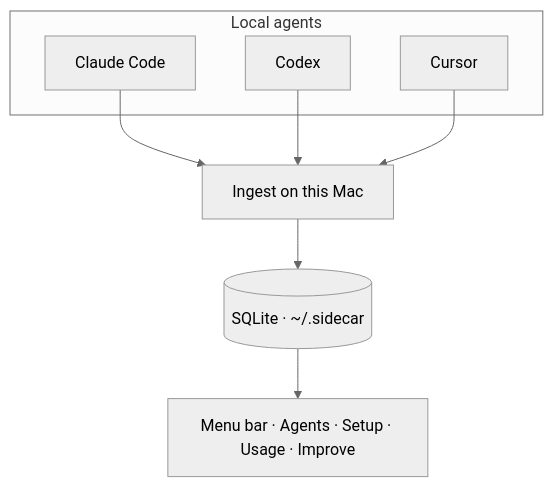
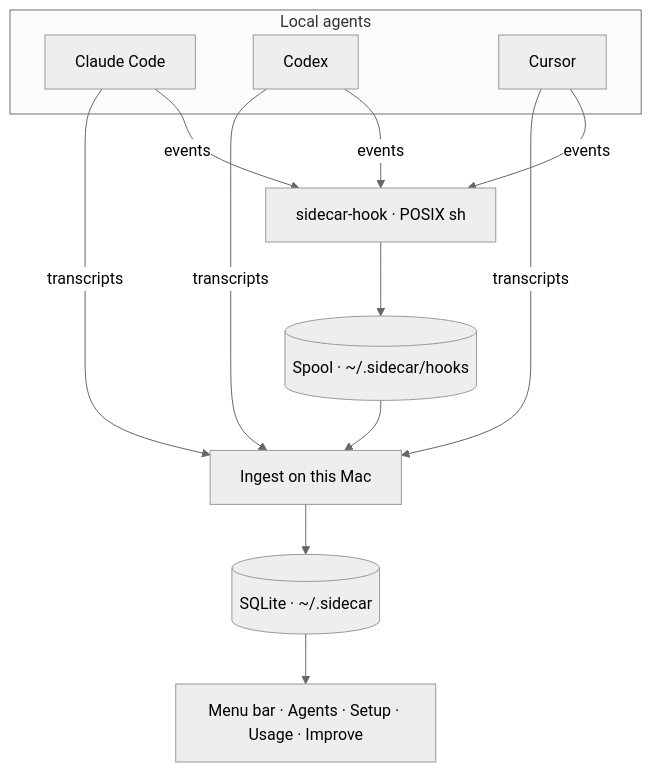
Before and after one commit to Avik-creator/sidecar: the diagram in README.md, drawn with Mermaid (neutral theme). The commit also changed other lines of this file and 1 other file, not shown here.

First line of the commit message:
docs: describe the hook spool and correct stale claims

````diff
--- a/README.md
+++ b/README.md
@@ -43,18 +45,25 @@
 ```mermaid
 flowchart TB
   subgraph sources [Local agents]
     Claude["Claude Code"]
     Codex["Codex"]
     Cursor["Cursor"]
   end
 
+  Hook["sidecar-hook · POSIX sh"]
+  Spool[("Spool · ~/.sidecar/hooks")]
   Ingest["Ingest on this Mac"]
   DB[("SQLite · ~/.sidecar")]
   Panel["Menu bar · Agents · Setup · Usage · Improve"]
 
-  Claude --> Ingest
-  Codex --> Ingest
-  Cursor --> Ingest
+  Claude -- transcripts --> Ingest
+  Codex -- transcripts --> Ingest
+  Cursor -- transcripts --> Ingest
+  Claude -- events --> Hook
+  Codex -- events --> Hook
+  Cursor -- events --> Hook
+  Hook --> Spool
+  Spool --> Ingest
   Ingest --> DB
   DB --> Panel
 ```
````
